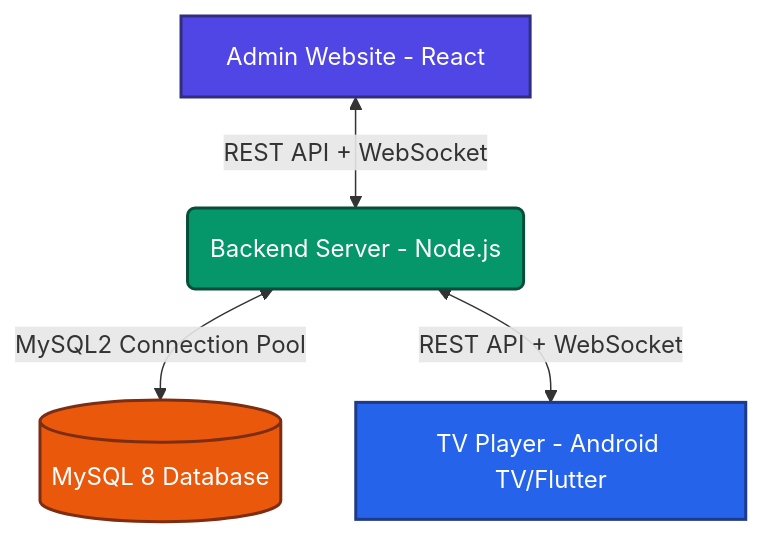
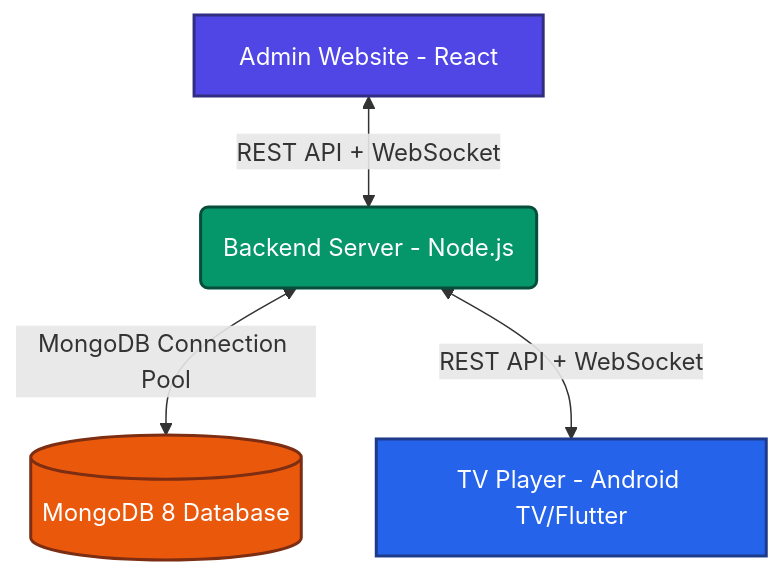
Before and after one commit to Rajkumar1813/JJM: the first of 3 diagrams in SYSTEM_ARCHITECTURE_AND_FLOW.md, drawn with Mermaid. The commit also changed other lines of this file and 91 other files, not shown here.

Commit message:
My sql replace to mongo

````diff
--- a/SYSTEM_ARCHITECTURE_AND_FLOW.md
+++ b/SYSTEM_ARCHITECTURE_AND_FLOW.md
@@ -6,11 +6,11 @@
 ```mermaid
 graph TD
     A[Admin Website - React] <-->|REST API + WebSocket| B(Backend Server - Node.js)
-    B <-->|MySQL2 Connection Pool| C[(MySQL 8 Database)]
+    B <-->|MongoDB Connection Pool| C[(MongoDB 8 Database)]
     B <-->|REST API + WebSocket| D[TV Player - Android TV/Flutter]
     
     style A fill:#4F46E5,stroke:#312E81,stroke-width:2px,color:#fff
     style B fill:#059669,stroke:#064E3B,stroke-width:2px,color:#fff
     style C fill:#EA580C,stroke:#7C2D12,stroke-width:2px,color:#fff
     style D fill:#2563EB,stroke:#1E3A8A,stroke-width:2px,color:#fff
 ```
````
